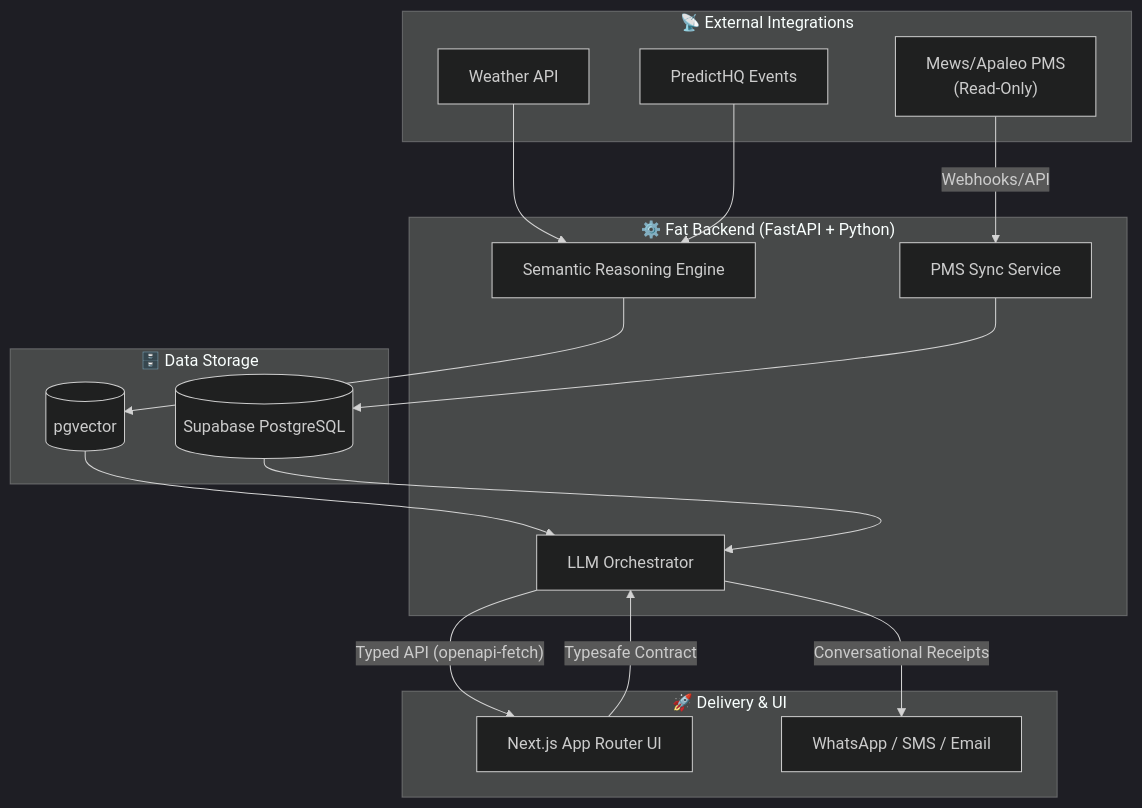
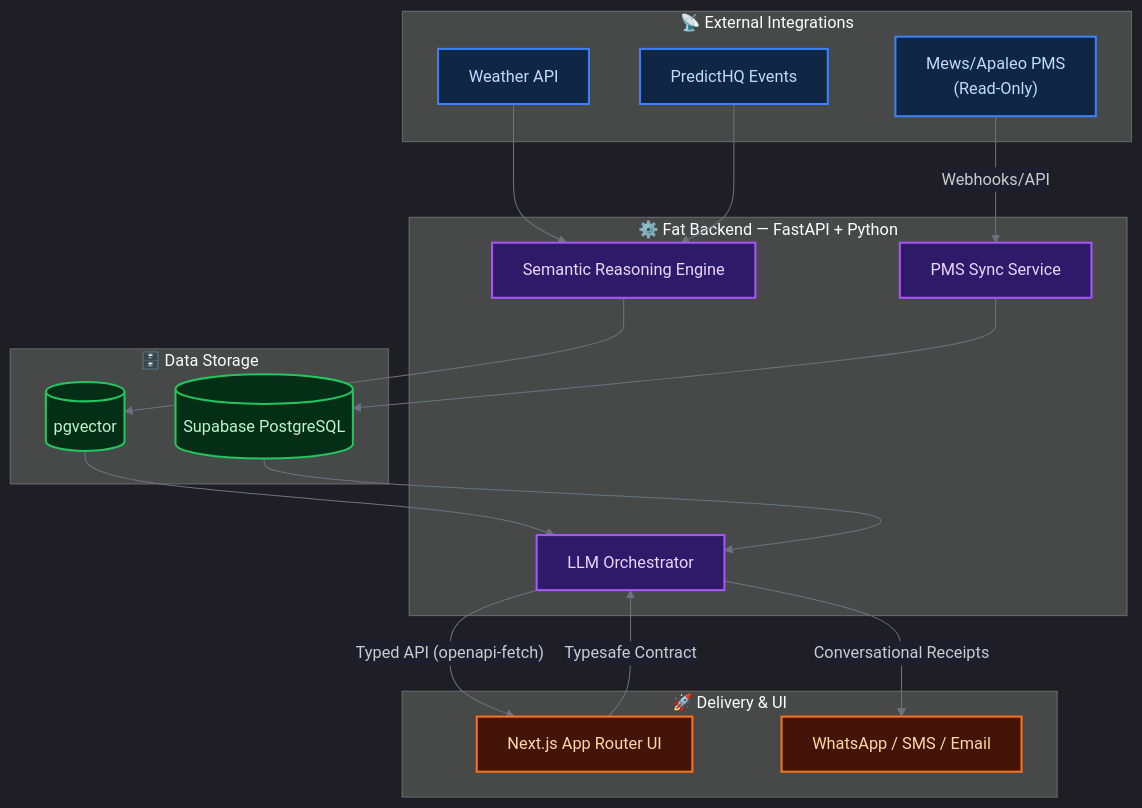
Before and after one commit to IvandeMurard/Hospitality-Operations-Agentic-AI-B2B: the diagram in README.md, drawn with Mermaid.

Commit message:
Improve Mermaid diagram with thematic colors per layer
Dark saturated fills + bright strokes + matching light text per group:
- External integrations: deep blue (#0f2744) + blue border
- Backend/AI layer: deep purple (#2d1b69) + violet border
- Data storage: deep green (#052e16) + green border
- Delivery & UI: deep orange (#431407) + orange border

Readable on dark theme; color encodes each architectural layer.

https://claude.ai/code/session_01QyxT7tosiGbkZFkcy73Cv9

````diff
--- a/README.md
+++ b/README.md
@@ -59,36 +59,46 @@
 ```mermaid
-%%{init: {'theme': 'dark'}}%%
+%%{init: {'theme': 'dark', 'themeVariables': {'edgeLabelBackground': '#1e1e2e', 'lineColor': '#6b7280'}}}%%
 graph TD
     subgraph EXT["📡 External Integrations"]
         PMS["Mews/Apaleo PMS\n(Read-Only)"]
         Weather["Weather API"]
         Events["PredictHQ Events"]
     end
 
-    subgraph BACK["⚙️ Fat Backend (FastAPI + Python)"]
+    subgraph BACK["⚙️ Fat Backend — FastAPI + Python"]
         Sync["PMS Sync Service"]
         Semantic["Semantic Reasoning Engine"]
         RAG["LLM Orchestrator"]
     end
 
     subgraph DATA["🗄️ Data Storage"]
         DB[("Supabase PostgreSQL")]
         Vector[("pgvector")]
     end
 
     subgraph DELIVERY["🚀 Delivery & UI"]
         Frontend["Next.js App Router UI"]
         Push["WhatsApp / SMS / Email"]
     end
 
     PMS -- "Webhooks/API" --> Sync
     Weather --> Semantic
     Events --> Semantic
     Sync --> DB
     Semantic --> Vector
     Vector --> RAG
     DB --> RAG
     RAG -- "Conversational Receipts" --> Push
     RAG -- "Typed API (openapi-fetch)" --> Frontend
     Frontend -- "Typesafe Contract" --> RAG
+
+    classDef external fill:#0f2744,stroke:#3b82f6,stroke-width:2px,color:#bfdbfe
+    classDef backend fill:#2d1b69,stroke:#a855f7,stroke-width:2px,color:#e9d5ff
+    classDef db      fill:#052e16,stroke:#22c55e,stroke-width:2px,color:#bbf7d0
+    classDef delivery fill:#431407,stroke:#f97316,stroke-width:2px,color:#fed7aa
+
+    class PMS,Weather,Events external
+    class Sync,Semantic,RAG backend
+    class DB,Vector db
+    class Frontend,Push delivery
 ```
````
